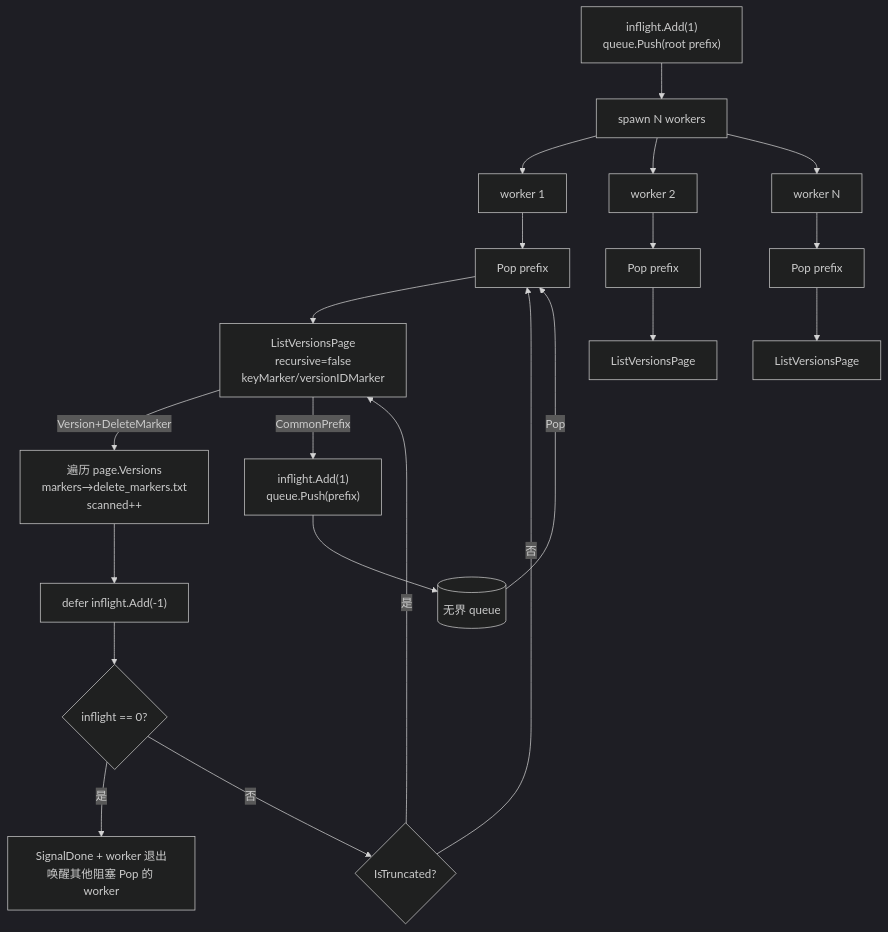
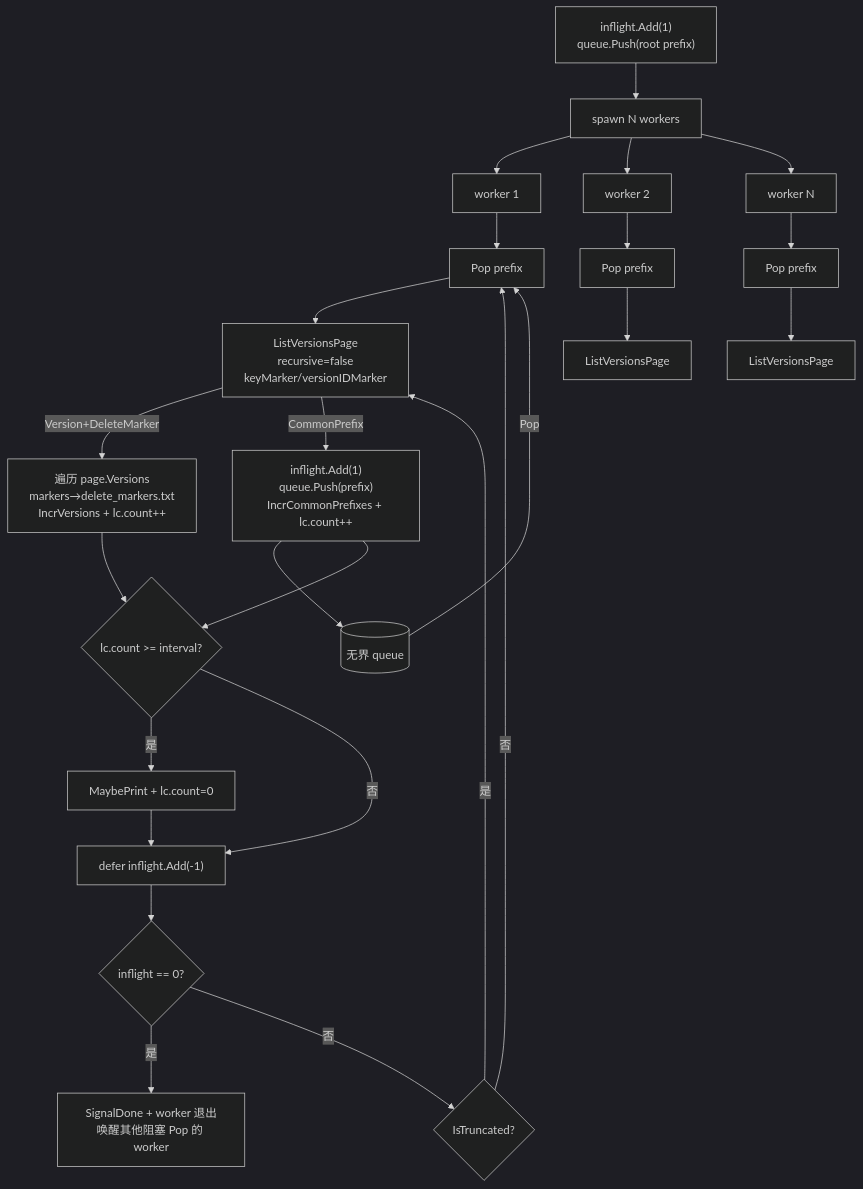
Before and after one commit to gengyuanzhe/chunked_check_tool: the third of 3 diagrams in delete_marker_list_tool/AGENTS.md, drawn with Mermaid (dark theme). The commit also changed other lines of this file and 8 other files, not shown here.

First line of the commit message:
feat(progress): count common_prefix toward threshold + add versions field

````diff
--- a/delete_marker_list_tool/AGENTS.md
+++ b/delete_marker_list_tool/AGENTS.md
@@ -77,23 +77,28 @@
 ```mermaid
 flowchart TD
     Init["inflight.Add(1)<br/>queue.Push(root prefix)"] --> Spawn[spawn N workers]
     Spawn --> W1[worker 1]
     Spawn --> W2[worker 2]
     Spawn --> WN[worker N]
     W1 --> Pop1["Pop prefix"]
     W2 --> Pop2["Pop prefix"]
     WN --> PopN["Pop prefix"]
     Pop1 --> LV1["ListVersionsPage<br/>recursive=false<br/>keyMarker/versionIDMarker"]
     Pop2 --> LV2["ListVersionsPage"]
     PopN --> LVN["ListVersionsPage"]
-    LV1 -->|Version+DeleteMarker| Consume["遍历 page.Versions<br/>markers→delete_markers.txt<br/>scanned++"]
-    LV1 -->|CommonPrefix| Enq["inflight.Add(1)<br/>queue.Push(prefix)"]
+    LV1 -->|Version+DeleteMarker| Consume["遍历 page.Versions<br/>markers→delete_markers.txt<br/>IncrVersions + lc.count++"]
+    LV1 -->|CommonPrefix| Enq["inflight.Add(1)<br/>queue.Push(prefix)<br/>IncrCommonPrefixes + lc.count++"]
     Enq --> Q[(无界 queue)]
     Q -->|Pop| Pop1
-    Consume --> Dec["defer inflight.Add(-1)"]
+    Consume --> Thresh{"lc.count >= interval?"}
+    Enq --> Thresh
+    Thresh -->|是| Print["MaybePrint + lc.count=0"]
+    Print --> Dec
+    Thresh -->|否| Dec
+    Dec["defer inflight.Add(-1)"]
     Dec --> Check{inflight == 0?}
     Check -->|是| Done["SignalDone + worker 退出<br/>唤醒其他阻塞 Pop 的 worker"]
     Check -->|否| NextPage{IsTruncated?}
     NextPage -->|是| LV1
     NextPage -->|否| Pop1
 ```
````
